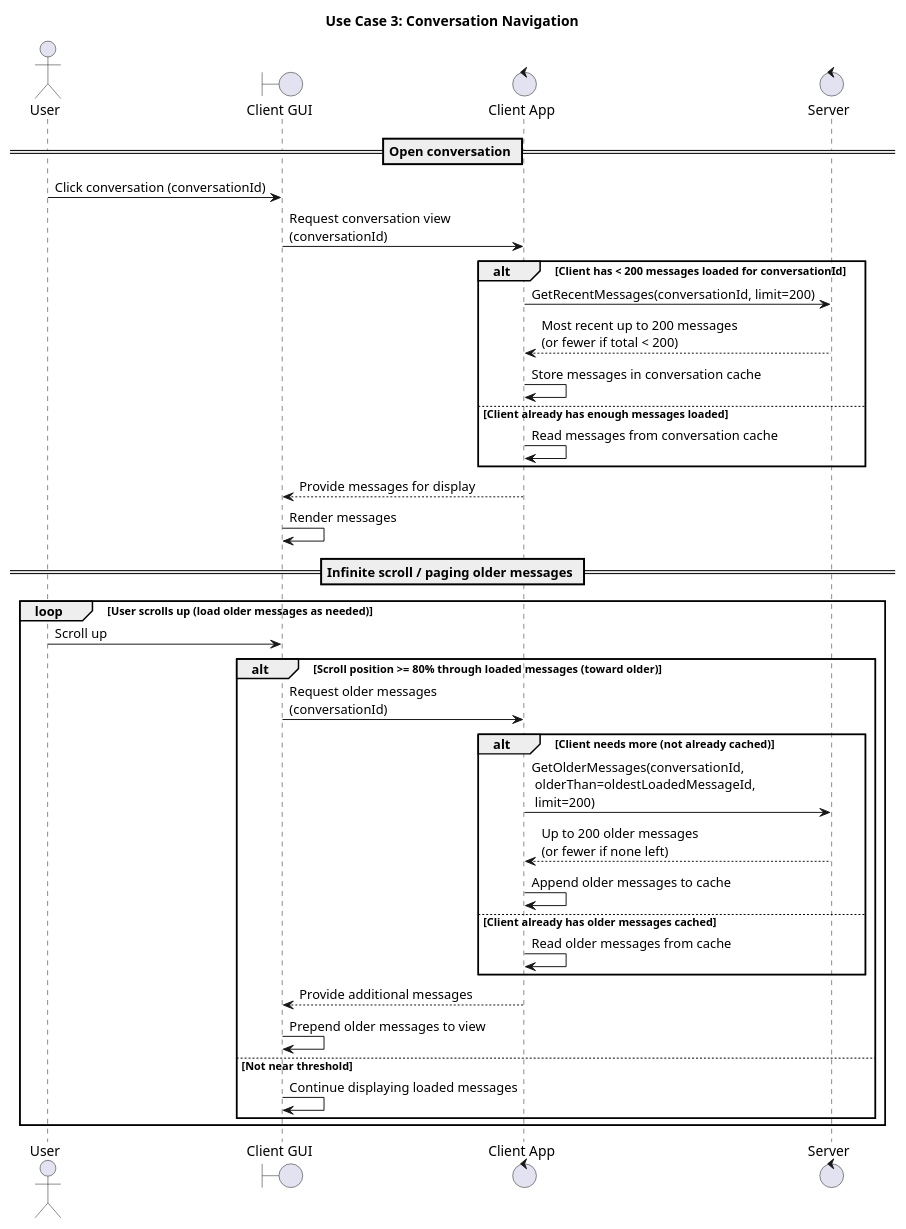
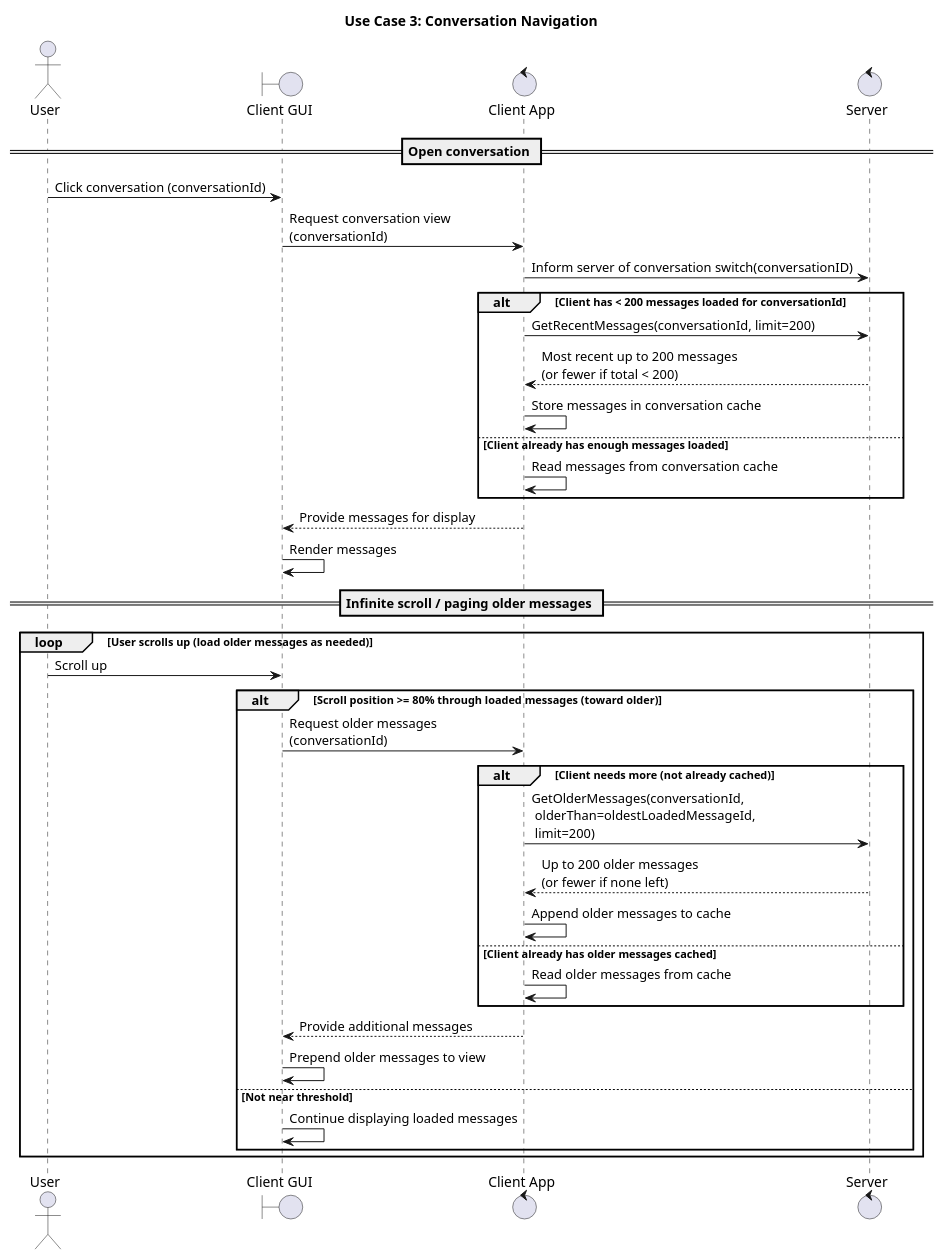
The diagram in docs/diagrams/SequenceDiagrams/3-ConversationNavigation.puml (NubezVilla/CS_401_Group_1), drawn with PlantUML before and after one commit.

```diff
--- a/docs/diagrams/SequenceDiagrams/3-ConversationNavigation.puml
+++ b/docs/diagrams/SequenceDiagrams/3-ConversationNavigation.puml
@@ -1,44 +1,45 @@
 @startuml
 title Use Case 3: Conversation Navigation
 
 actor User
 boundary GUI as "Client GUI"
 control Client as "Client App"
 control Server as "Server"
 
 == Open conversation ==
 User -> GUI: Click conversation (conversationId)
 GUI -> Client: Request conversation view\n(conversationId)
 
+Client -> Server: Inform server of conversation switch(conversationID)
 alt Client has < 200 messages loaded for conversationId
   Client -> Server: GetRecentMessages(conversationId, limit=200)
   Server --> Client: Most recent up to 200 messages\n(or fewer if total < 200)
   Client -> Client: Store messages in conversation cache
 else Client already has enough messages loaded
   Client -> Client: Read messages from conversation cache
 end
 
 Client --> GUI: Provide messages for display
 GUI -> GUI: Render messages
 
 == Infinite scroll / paging older messages ==
 loop User scrolls up (load older messages as needed)
   User -> GUI: Scroll up
 
   alt Scroll position >= 80% through loaded messages (toward older)
     GUI -> Client: Request older messages\n(conversationId)
     alt Client needs more (not already cached)
       Client -> Server: GetOlderMessages(conversationId,\n olderThan=oldestLoadedMessageId,\n limit=200)
       Server --> Client: Up to 200 older messages\n(or fewer if none left)
       Client -> Client: Append older messages to cache
     else Client already has older messages cached
       Client -> Client: Read older messages from cache
     end
 
     Client --> GUI: Provide additional messages
     GUI -> GUI: Prepend older messages to view
   else Not near threshold
     GUI -> GUI: Continue displaying loaded messages
   end
 end
 @enduml
```
